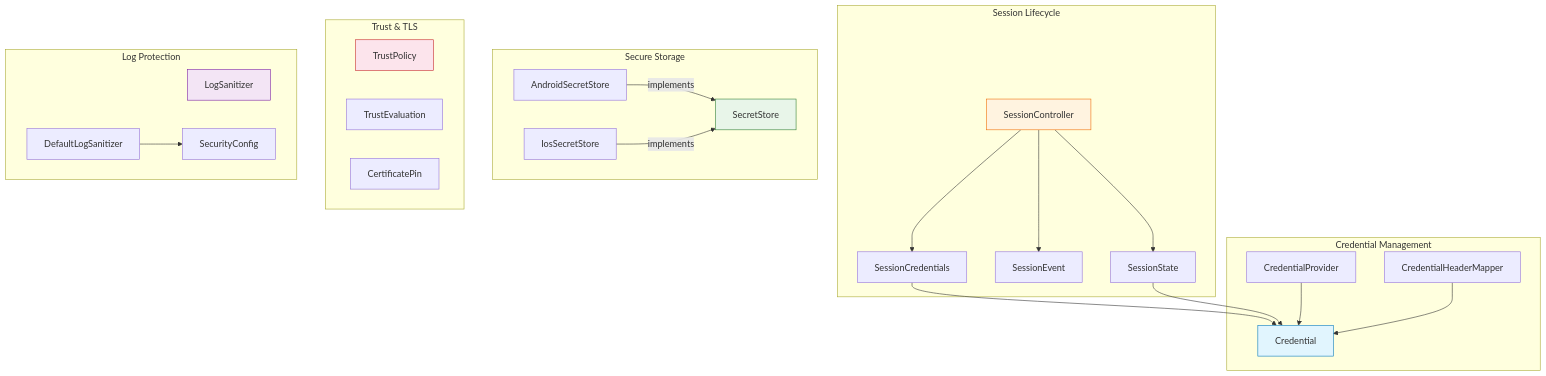
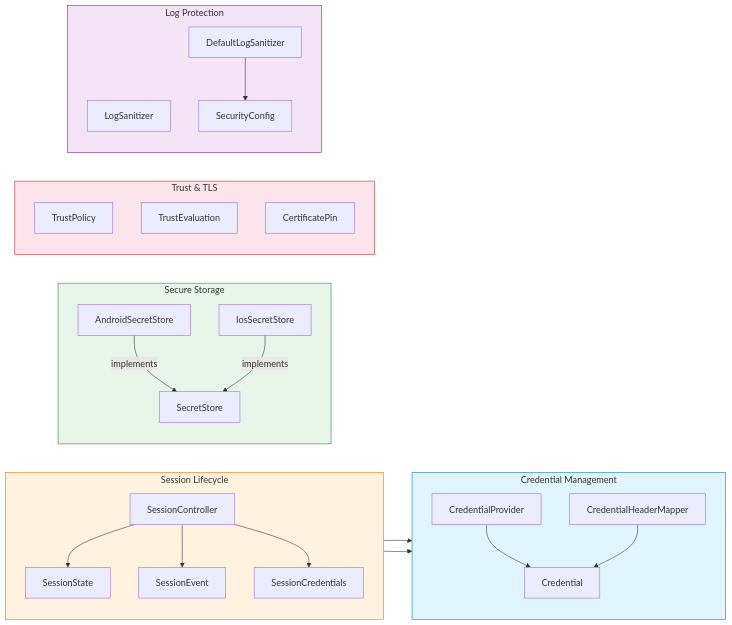
The first of 2 diagrams in security-core/README.md (DanCrRdz93/core-data-platform), drawn with Mermaid before and after one commit. The commit also changed other lines of this file and 8 other files, not shown here.

Commit message:
update diagrams

````diff
--- a/security-core/README.md
+++ b/security-core/README.md
@@ -236,50 +236,55 @@
 ```mermaid
-graph TD
-    subgraph "Credential Management"
+graph LR
+    subgraph credentials["Credential Management"]
+        direction TB
         CR[Credential]
         CP[CredentialProvider]
         CHM[CredentialHeaderMapper]
+        CP --> CR
+        CHM --> CR
     end
 
-    subgraph "Session Lifecycle"
+    subgraph session["Session Lifecycle"]
+        direction TB
         SC[SessionController]
         SS[SessionState]
         SE[SessionEvent]
         SCR[SessionCredentials]
+        SC --> SS
+        SC --> SE
+        SC --> SCR
     end
 
-    subgraph "Secure Storage"
+    subgraph storage["Secure Storage"]
+        direction TB
         STO[SecretStore]
         AS[AndroidSecretStore]
         IS[IosSecretStore]
+        AS -->|implements| STO
+        IS -->|implements| STO
     end
 
-    subgraph "Trust & TLS"
+    subgraph trust["Trust & TLS"]
+        direction TB
         TP[TrustPolicy]
         TE[TrustEvaluation]
         PIN[CertificatePin]
     end
 
-    subgraph "Log Protection"
+    subgraph logging["Log Protection"]
+        direction TB
         LS[LogSanitizer]
         DLS[DefaultLogSanitizer]
         CFG[SecurityConfig]
+        DLS --> CFG
     end
 
-    SC --> SS
-    SC --> SE
-    SC --> SCR
     SCR --> CR
     SS --> CR
-    CP --> CR
-    CHM --> CR
-    DLS --> CFG
-    AS -->|implements| STO
-    IS -->|implements| STO
 
-    style CR fill:#e1f5fe,stroke:#0277bd
-    style STO fill:#e8f5e9,stroke:#2e7d32
-    style SC fill:#fff3e0,stroke:#ef6c00
-    style TP fill:#fce4ec,stroke:#c62828
-    style LS fill:#f3e5f5,stroke:#7b1fa2
+    style credentials fill:#e1f5fe,stroke:#0277bd
+    style session fill:#fff3e0,stroke:#ef6c00
+    style storage fill:#e8f5e9,stroke:#2e7d32
+    style trust fill:#fce4ec,stroke:#c62828
+    style logging fill:#f3e5f5,stroke:#7b1fa2
 ```
````
